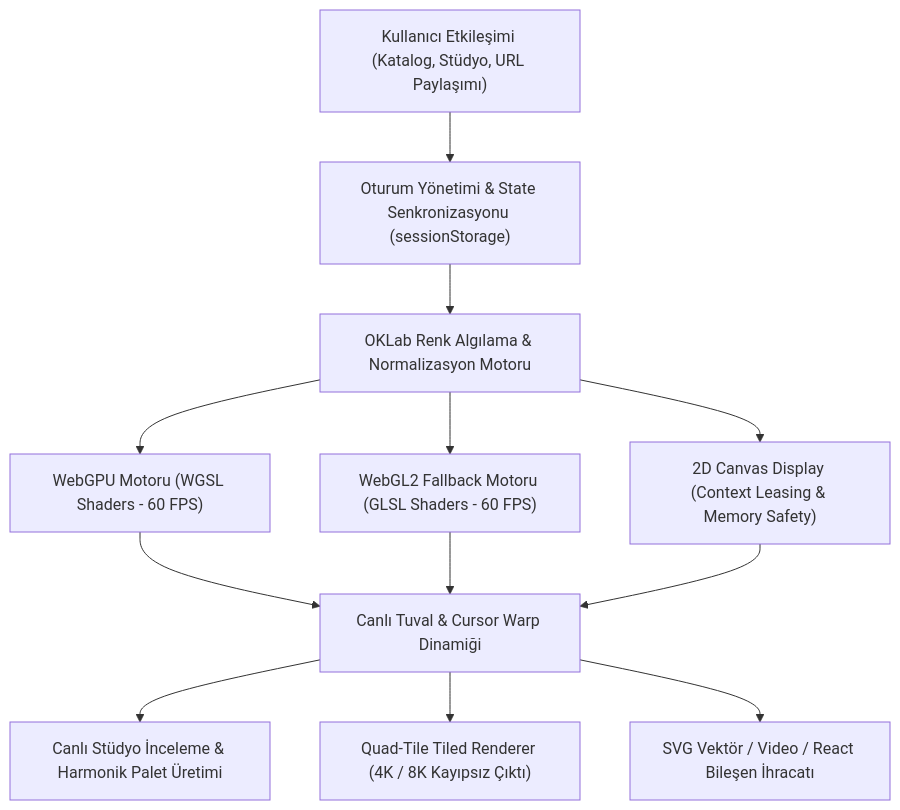
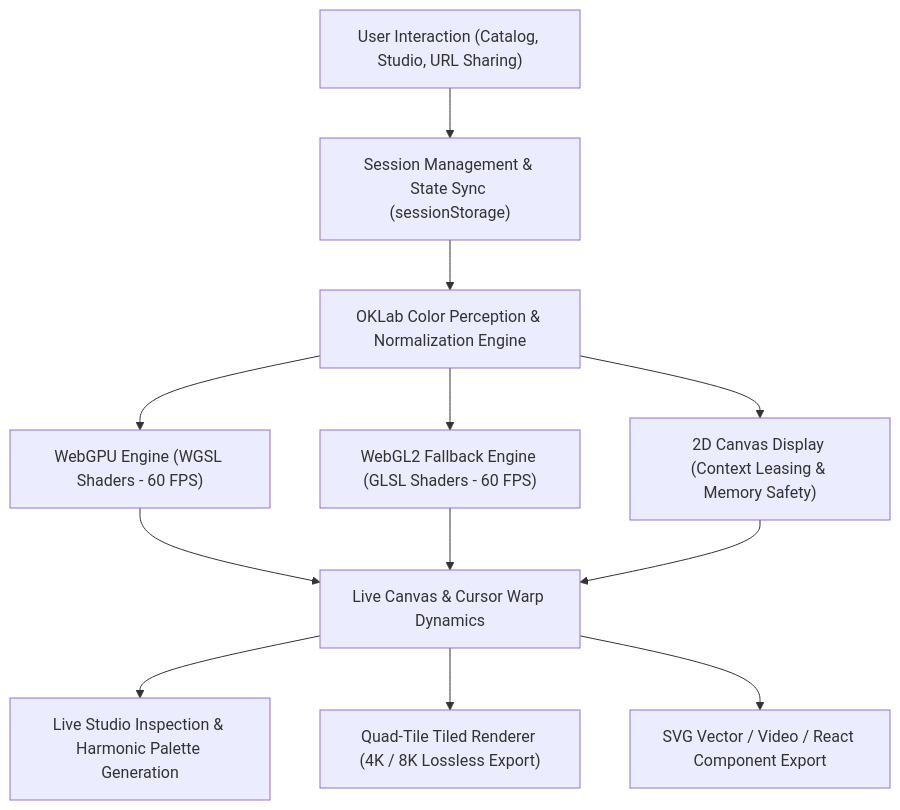
Before and after one commit to omerfys/Gradientfy: the diagram in README.md, drawn with Mermaid. The commit also changed other lines of this file and 1 other file, not shown here.

````diff
--- a/README.md
+++ b/README.md
@@ -161,17 +164,17 @@
 ```mermaid
 flowchart TD
-    A["Kullanıcı Etkileşimi (Katalog, Stüdyo, URL Paylaşımı)"] --> B["Oturum Yönetimi & State Senkronizasyonu (sessionStorage)"]
-    B --> C["OKLab Renk Algılama & Normalizasyon Motoru"]
+    A["User Interaction (Catalog, Studio, URL Sharing)"] --> B["Session Management & State Sync (sessionStorage)"]
+    B --> C["OKLab Color Perception & Normalization Engine"]
     
-    C --> D1["WebGPU Motoru (WGSL Shaders - 60 FPS)"]
-    C --> D2["WebGL2 Fallback Motoru (GLSL Shaders - 60 FPS)"]
+    C --> D1["WebGPU Engine (WGSL Shaders - 60 FPS)"]
+    C --> D2["WebGL2 Fallback Engine (GLSL Shaders - 60 FPS)"]
     C --> D3["2D Canvas Display (Context Leasing & Memory Safety)"]
     
-    D1 --> E["Canlı Tuval & Cursor Warp Dinamiği"]
+    D1 --> E["Live Canvas & Cursor Warp Dynamics"]
     D2 --> E
     D3 --> E
     
-    E --> F1["Canlı Stüdyo İnceleme & Harmonik Palet Üretimi"]
-    E --> F2["Quad-Tile Tiled Renderer (4K / 8K Kayıpsız Çıktı)"]
-    E --> F3["SVG Vektör / Video / React Bileşen İhracatı"]
+    E --> F1["Live Studio Inspection & Harmonic Palette Generation"]
+    E --> F2["Quad-Tile Tiled Renderer (4K / 8K Lossless Export)"]
+    E --> F3["SVG Vector / Video / React Component Export"]
 ```
````
